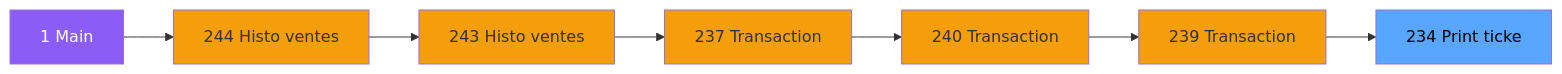
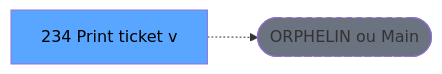
Before and after one commit to thonyAGP/lecteur-magic: the second of 3 diagrams in .openspec/specs/ADH-IDE-234.md, drawn with Mermaid. The commit also changed other lines of this file and 701 other files, not shown here.

````diff
--- a/.openspec/specs/ADH-IDE-234.md
+++ b/.openspec/specs/ADH-IDE-234.md
@@ -130,23 +124,8 @@
 ```mermaid
 graph LR
-    M[1 Main]
-    N244[244 Histo ventes]
-    N243[243 Histo ventes]
-    N237[237 Transaction ]
-    N240[240 Transaction ]
-    N239[239 Transaction ]
-    T[234  Print ticke]
-    M --> N244
-    N244 --> N243
-    N243 --> N237
-    N237 --> N240
-    N240 --> N239
-    N239 --> T
-    style M fill:#8b5cf6,color:#fff
-    style N244 fill:#f59e0b
-    style N243 fill:#f59e0b
-    style N237 fill:#f59e0b
-    style N240 fill:#f59e0b
-    style N239 fill:#f59e0b
+    T[234  Print ticket v]
+    ORPHAN([ORPHELIN ou Main])
+    T -.-> ORPHAN
     style T fill:#58a6ff,color:#000
+    style ORPHAN fill:#6b7280,stroke-dasharray: 5 5
 ```
````
